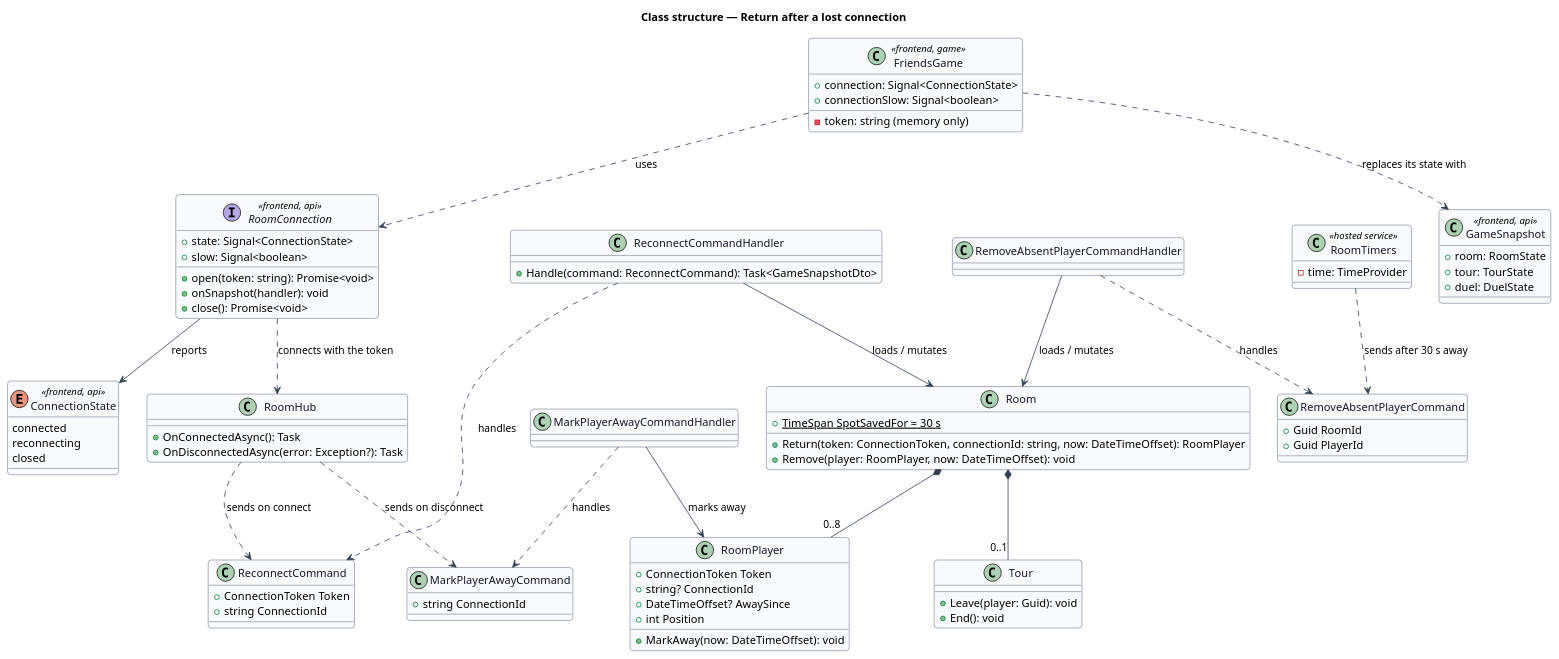
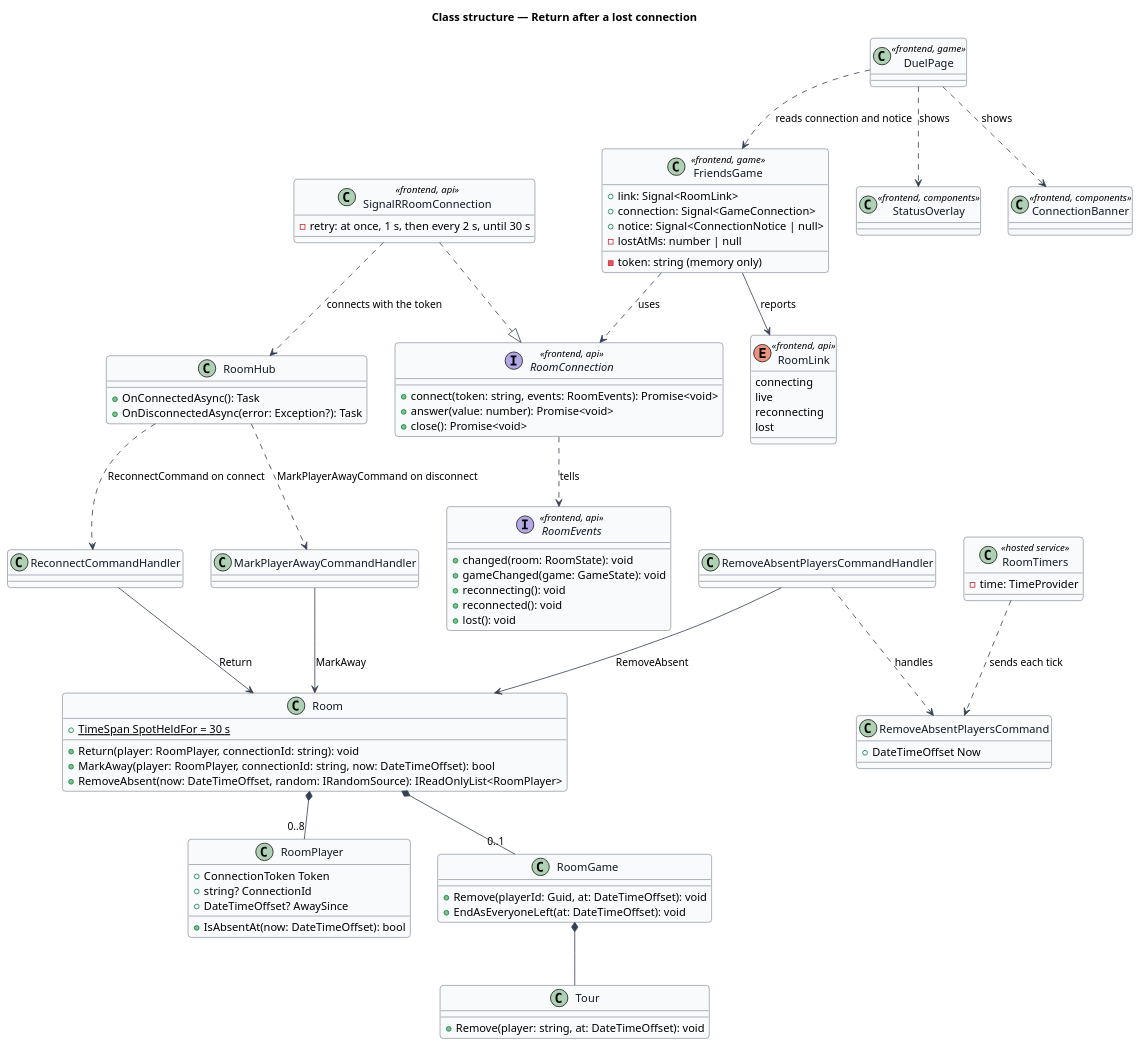
Before and after one commit to QuinntyneBrown/around-the-world: the diagram in docs/detailed-designs/rooms/return-after-lost-connection/diagrams/class-structure.puml, drawn with PlantUML. The commit also changed 9 other files, not shown here.

First line of the commit message:
Journey 16: align the design's diagrams, mark it complete and record its lessons

```diff
--- a/docs/detailed-designs/rooms/return-after-lost-connection/diagrams/class-structure.puml
+++ b/docs/detailed-designs/rooms/return-after-lost-connection/diagrams/class-structure.puml
@@ -1,93 +1,98 @@
 @startuml
 ' --- shared skin header ---
 skinparam backgroundColor #FFFFFF
 skinparam shadowing false
 skinparam roundcorner 8
 skinparam defaultFontName Arial
 skinparam ArrowColor #344054
 skinparam class {
   BorderColor #344054
   FontColor #101828
   BackgroundColor #F9FAFB
 }
 ' --------------------------
 title Class structure — Return after a lost connection
 
-enum ConnectionState <<frontend, api>> {
-  connected
+enum RoomLink <<frontend, api>> {
+  connecting
+  live
   reconnecting
-  closed
+  lost
+}
+interface RoomEvents <<frontend, api>> {
+  +changed(room: RoomState): void
+  +gameChanged(game: GameState): void
+  +reconnecting(): void
+  +reconnected(): void
+  +lost(): void
 }
 interface RoomConnection <<frontend, api>> {
-  +state: Signal<ConnectionState>
-  +slow: Signal<boolean>
-  +open(token: string): Promise<void>
-  +onSnapshot(handler): void
+  +connect(token: string, events: RoomEvents): Promise<void>
+  +answer(value: number): Promise<void>
   +close(): Promise<void>
 }
+class SignalRRoomConnection <<frontend, api>> {
+  -retry: at once, 1 s, then every 2 s, until 30 s
+}
 class FriendsGame <<frontend, game>> {
-  +connection: Signal<ConnectionState>
-  +connectionSlow: Signal<boolean>
+  +link: Signal<RoomLink>
+  +connection: Signal<GameConnection>
+  +notice: Signal<ConnectionNotice | null>
   -token: string (memory only)
+  -lostAtMs: number | null
 }
-class GameSnapshot <<frontend, api>> {
-  +room: RoomState
-  +tour: TourState
-  +duel: DuelState
-}
+class StatusOverlay <<frontend, components>>
+class ConnectionBanner <<frontend, components>>
+class DuelPage <<frontend, game>>
 class RoomHub {
   +OnConnectedAsync(): Task
   +OnDisconnectedAsync(error: Exception?): Task
 }
-class ReconnectCommand {
-  +ConnectionToken Token
-  +string ConnectionId
+class ReconnectCommandHandler
+class MarkPlayerAwayCommandHandler
+class RemoveAbsentPlayersCommand {
+  +DateTimeOffset Now
 }
-class ReconnectCommandHandler {
-  +Handle(command: ReconnectCommand): Task<GameSnapshotDto>
-}
-class MarkPlayerAwayCommand {
-  +string ConnectionId
-}
-class MarkPlayerAwayCommandHandler
-class RemoveAbsentPlayerCommand {
-  +Guid RoomId
-  +Guid PlayerId
-}
-class RemoveAbsentPlayerCommandHandler
+class RemoveAbsentPlayersCommandHandler
 class RoomTimers <<hosted service>> {
   -time: TimeProvider
 }
 class Room {
-  +{static} TimeSpan SpotSavedFor = 30 s
-  +Return(token: ConnectionToken, connectionId: string, now: DateTimeOffset): RoomPlayer
-  +Remove(player: RoomPlayer, now: DateTimeOffset): void
+  +{static} TimeSpan SpotHeldFor = 30 s
+  +Return(player: RoomPlayer, connectionId: string): void
+  +MarkAway(player: RoomPlayer, connectionId: string, now: DateTimeOffset): bool
+  +RemoveAbsent(now: DateTimeOffset, random: IRandomSource): IReadOnlyList<RoomPlayer>
 }
 class RoomPlayer {
   +ConnectionToken Token
   +string? ConnectionId
   +DateTimeOffset? AwaySince
-  +int Position
-  +MarkAway(now: DateTimeOffset): void
+  +IsAbsentAt(now: DateTimeOffset): bool
+}
+class RoomGame {
+  +Remove(playerId: Guid, at: DateTimeOffset): void
+  +EndAsEveryoneLeft(at: DateTimeOffset): void
 }
 class Tour {
-  +Leave(player: Guid): void
-  +End(): void
+  +Remove(player: string, at: DateTimeOffset): void
 }
 
+DuelPage ..> FriendsGame : reads connection and notice
+DuelPage ..> StatusOverlay : shows
+DuelPage ..> ConnectionBanner : shows
 FriendsGame ..> RoomConnection : uses
-FriendsGame ..> GameSnapshot : replaces its state with
-RoomConnection --> ConnectionState : reports
-RoomConnection ..> RoomHub : connects with the token
-RoomHub ..> ReconnectCommand : sends on connect
-RoomHub ..> MarkPlayerAwayCommand : sends on disconnect
-RoomTimers ..> RemoveAbsentPlayerCommand : sends after 30 s away
-ReconnectCommandHandler ..> ReconnectCommand : handles
-MarkPlayerAwayCommandHandler ..> MarkPlayerAwayCommand : handles
-RemoveAbsentPlayerCommandHandler ..> RemoveAbsentPlayerCommand : handles
-ReconnectCommandHandler --> Room : loads / mutates
-MarkPlayerAwayCommandHandler --> RoomPlayer : marks away
-RemoveAbsentPlayerCommandHandler --> Room : loads / mutates
+FriendsGame --> RoomLink : reports
+SignalRRoomConnection ..|> RoomConnection
+RoomConnection ..> RoomEvents : tells
+SignalRRoomConnection ..> RoomHub : connects with the token
+RoomHub ..> ReconnectCommandHandler : ReconnectCommand on connect
+RoomHub ..> MarkPlayerAwayCommandHandler : MarkPlayerAwayCommand on disconnect
+RoomTimers ..> RemoveAbsentPlayersCommand : sends each tick
+RemoveAbsentPlayersCommandHandler ..> RemoveAbsentPlayersCommand : handles
+ReconnectCommandHandler --> Room : Return
+MarkPlayerAwayCommandHandler --> Room : MarkAway
+RemoveAbsentPlayersCommandHandler --> Room : RemoveAbsent
 Room *-- "0..8" RoomPlayer
-Room *-- "0..1" Tour
+Room *-- "0..1" RoomGame
+RoomGame *-- Tour
 @enduml
```
